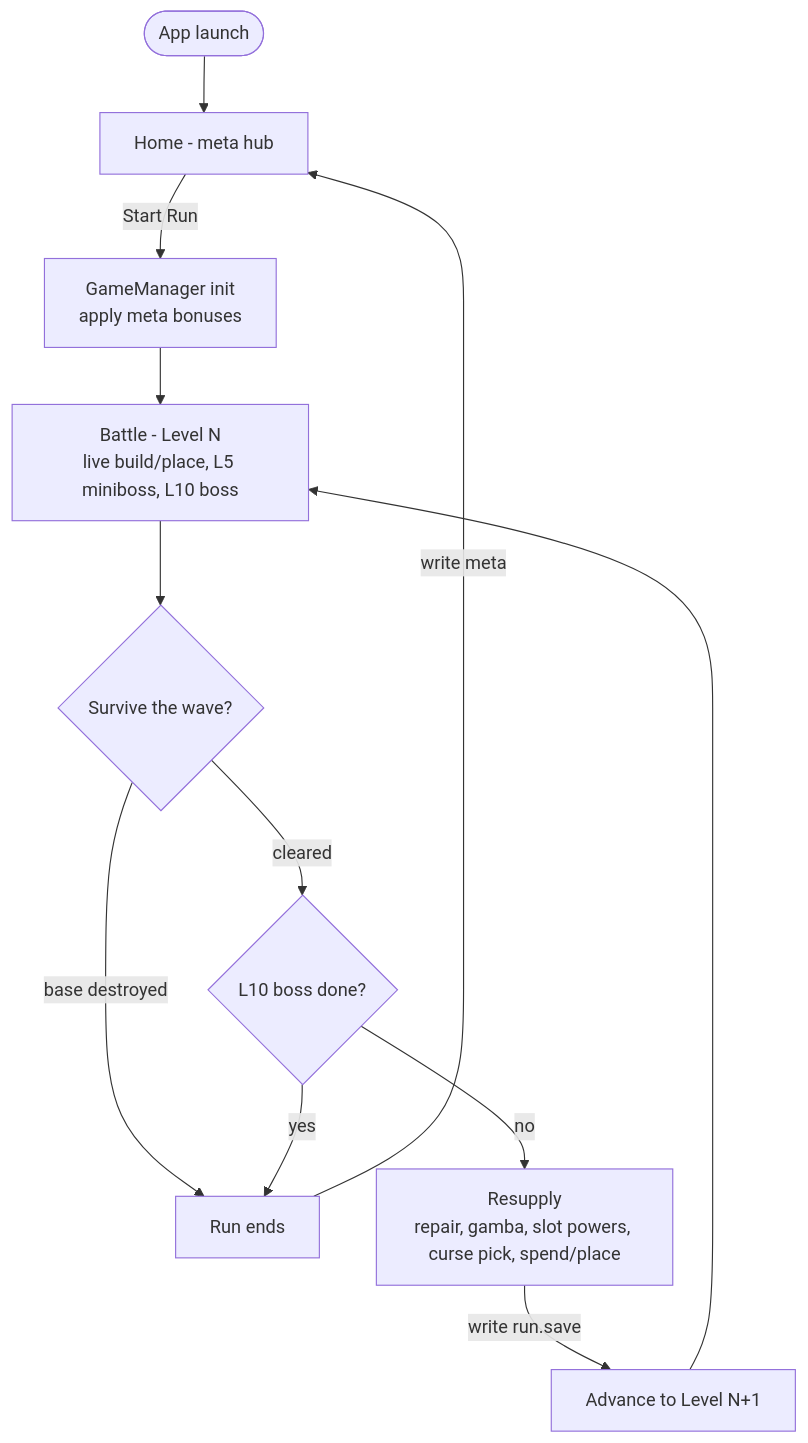
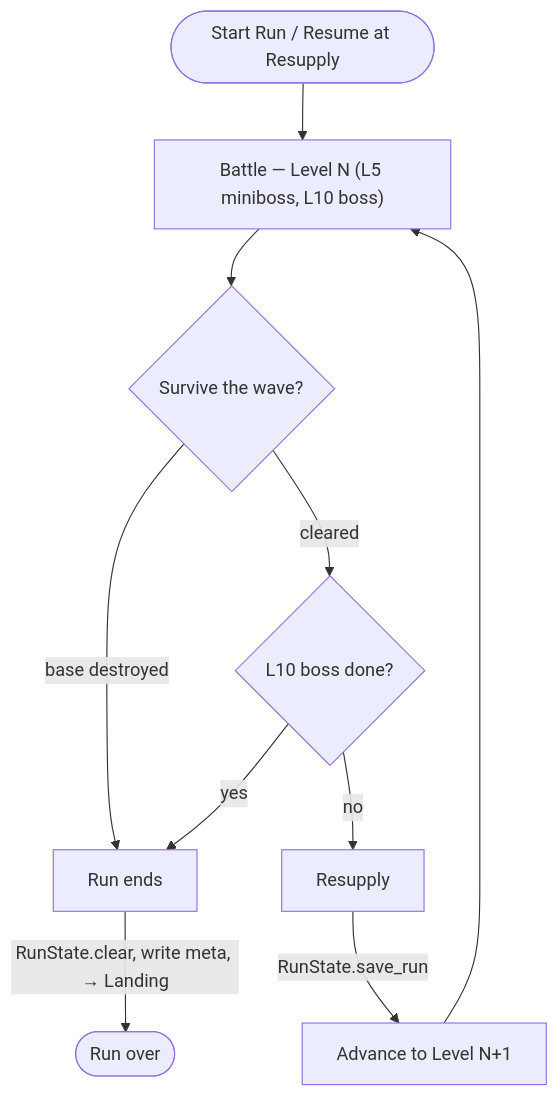
The second of 4 diagrams in docs/ARCHITECTURE.md (CedThen/space-defense), drawn with Mermaid before and after one commit. The commit also changed other lines of this file and 40 other files, not shown here.

````diff
--- a/docs/ARCHITECTURE.md
+++ b/docs/ARCHITECTURE.md
@@ -56,14 +55,12 @@
 ```mermaid
 flowchart TD
-    Launch([App launch]) --> Home[Home - meta hub]
-    Home -->|Start Run| Init[GameManager init<br/>apply meta bonuses]
-    Init --> Battle[Battle - Level N<br/>live build/place, L5 miniboss, L10 boss]
-    Battle --> Survive{Survive the wave?}
-    Survive -->|base destroyed| Ended[Run ends]
-    Survive -->|cleared| Final{L10 boss done?}
-    Final -->|yes| Ended
-    Final -->|no| Resupply[Resupply<br/>repair, gamba, slot powers, curse pick, spend/place]
-    Resupply -->|write run.save| Next[Advance to Level N+1]
+    Start(["Start Run / Resume at Resupply"]) --> Battle["Battle — Level N (L5 miniboss, L10 boss)"]
+    Battle --> Survive{"Survive the wave?"}
+    Survive -- "base destroyed" --> Ended["Run ends"]
+    Survive -- "cleared" --> Final{"L10 boss done?"}
+    Final -- "yes" --> Ended
+    Final -- "no" --> Resupply["Resupply"]
+    Resupply -- "RunState.save_run" --> Next["Advance to Level N+1"]
     Next --> Battle
-    Ended -->|write meta| Home
+    Ended -- "RunState.clear, write meta, → Landing" --> Done(["Run over"])
 ```
````
